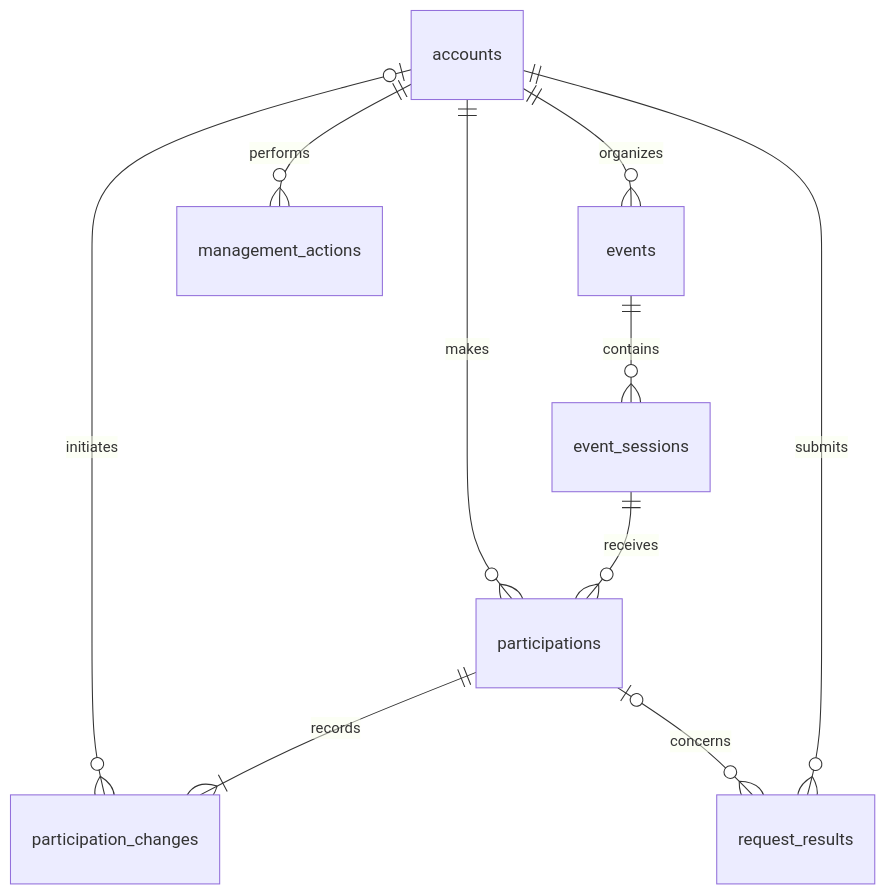
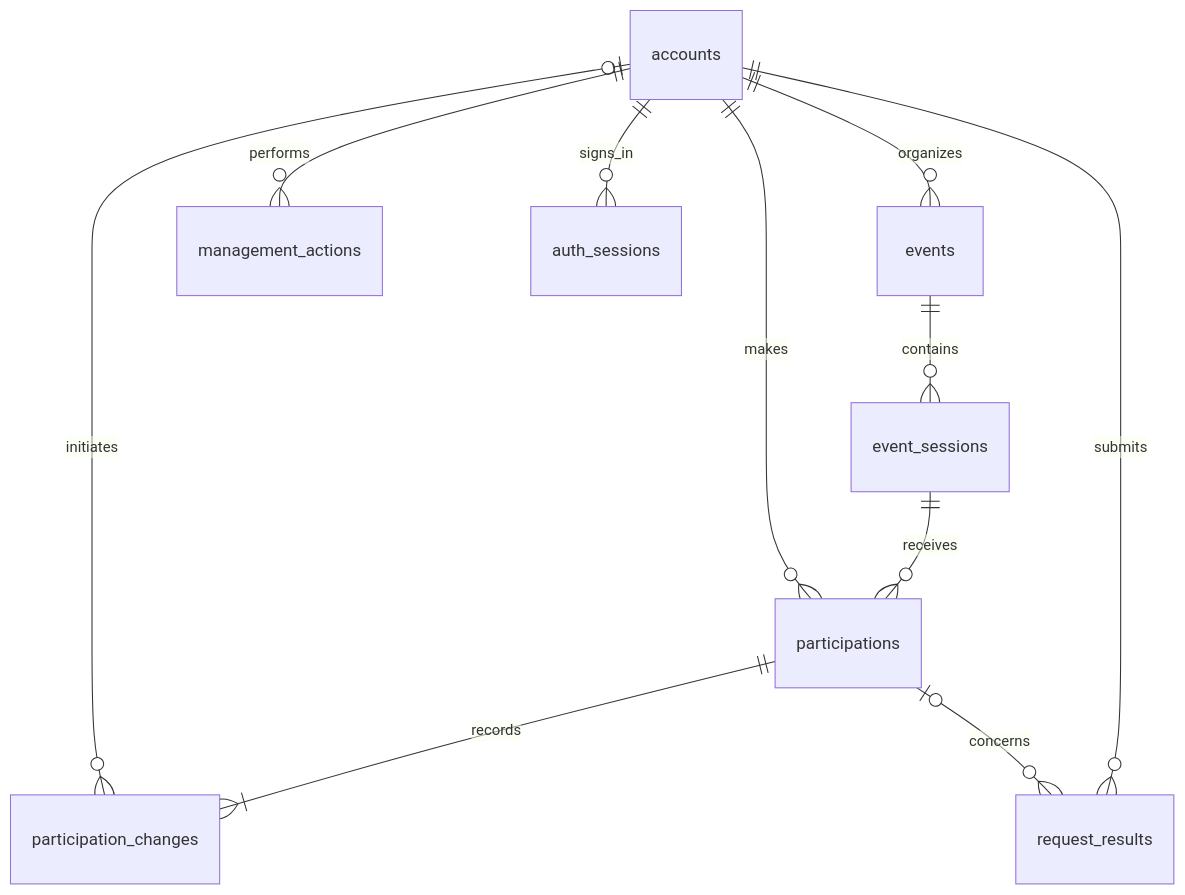
One commit to ece1779project/A-Cloud-Native-Event-Booking-Platform-with-Automatic-Waitlisting changed the first of 2 diagrams in DATABASE_DESIGN.md. Above: the diagram before and after it, drawn with Mermaid. The commit also changed other lines of this file and 2 other files, not shown here.

````diff
--- a/DATABASE_DESIGN.md
+++ b/DATABASE_DESIGN.md
@@ -17,12 +19,13 @@
 ```mermaid
 erDiagram
     accounts ||--o{ events : organizes
     events ||--o{ event_sessions : contains
     event_sessions ||--o{ participations : receives
     accounts ||--o{ participations : makes
     participations ||--|{ participation_changes : records
     accounts o|--o{ participation_changes : initiates
     accounts ||--o{ request_results : submits
     participations o|--o{ request_results : concerns
     accounts ||--o{ management_actions : performs
+    accounts ||--o{ auth_sessions : signs_in
 ```
````
